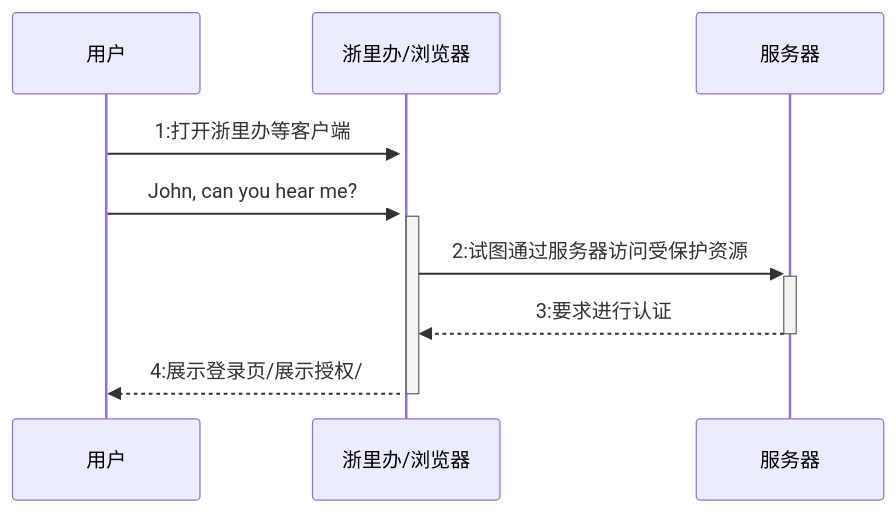
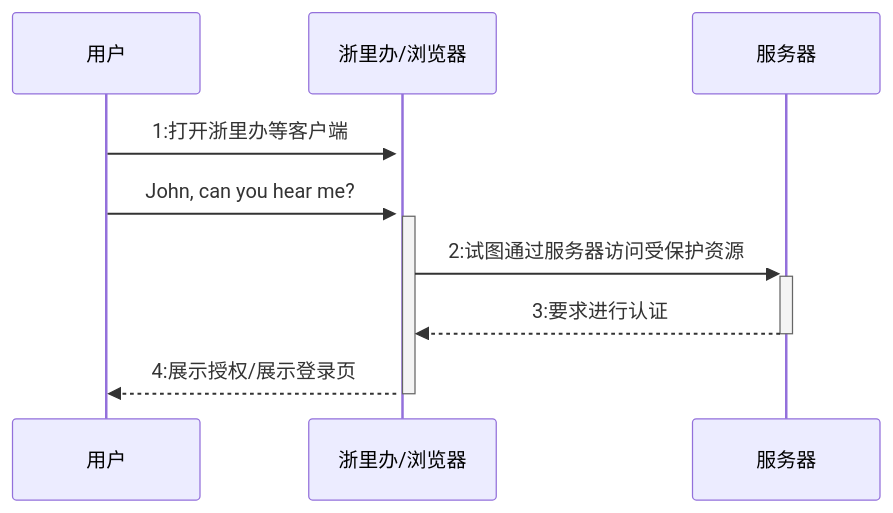
Before and after one commit to fifuntop/iodraw-files: the diagram in all/居民端时序图.md, drawn with Mermaid.

Commit message:
2024-03-14 14:54:38 update

````diff
--- a/all/居民端时序图.md
+++ b/all/居民端时序图.md
@@ -1,9 +1,9 @@
 ```mermaid
 sequenceDiagram
     用户->>+浙里办/浏览器: 1:打开浙里办等客户端
     用户->>+浙里办/浏览器: John, can you hear me?
     浙里办/浏览器->>+服务器: 2:试图通过服务器访问受保护资源
     服务器-->>-浙里办/浏览器: 3:要求进行认证
-    浙里办/浏览器-->>-用户: 4:展示登录页/展示授权/
+    浙里办/浏览器-->>-用户: 4:展示授权/展示登录页
             
 ```
````
